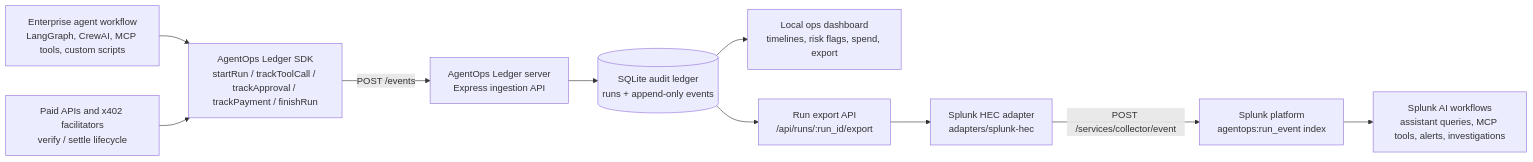
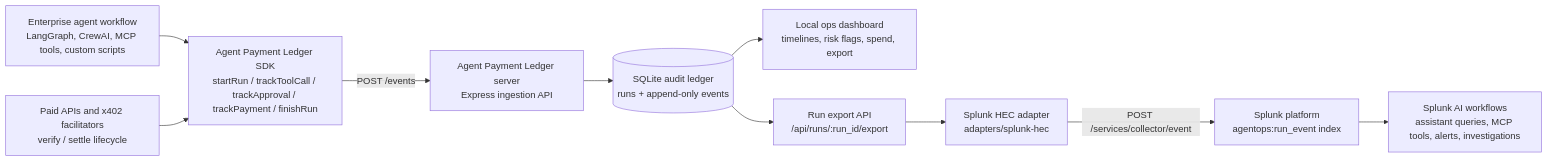
The diagram in ARCHITECTURE.md (Bortlesboat/x402-insights), drawn with Mermaid before and after one commit. The commit also changed other lines of this file and 37 other files, not shown here.

Commit message:
docs: rename agent payment ledger

````diff
--- a/ARCHITECTURE.md
+++ b/ARCHITECTURE.md
@@ -5,23 +7,23 @@
 ```mermaid
 flowchart LR
   Agent["Enterprise agent workflow<br/>LangGraph, CrewAI, MCP tools, custom scripts"]
-  SDK["AgentOps Ledger SDK<br/>startRun / trackToolCall / trackApproval / trackPayment / finishRun"]
+  SDK["Agent Payment Ledger SDK<br/>startRun / trackToolCall / trackApproval / trackPayment / finishRun"]
   Paid["Paid APIs and x402 facilitators<br/>verify / settle lifecycle"]
-  Server["AgentOps Ledger server<br/>Express ingestion API"]
+  Server["Agent Payment Ledger server<br/>Express ingestion API"]
   DB[("SQLite audit ledger<br/>runs + append-only events")]
   Dashboard["Local ops dashboard<br/>timelines, risk flags, spend, export"]
   Export["Run export API<br/>/api/runs/:run_id/export"]
   SplunkAdapter["Splunk HEC adapter<br/>adapters/splunk-hec"]
   Splunk["Splunk platform<br/>agentops:run_event index"]
   SplunkAI["Splunk AI workflows<br/>assistant queries, MCP tools, alerts, investigations"]
 
   Agent --> SDK
   Paid --> SDK
   SDK -->|"POST /events"| Server
   Server --> DB
   DB --> Dashboard
   DB --> Export
   Export --> SplunkAdapter
   SplunkAdapter -->|"POST /services/collector/event"| Splunk
   Splunk --> SplunkAI
 ```
````
